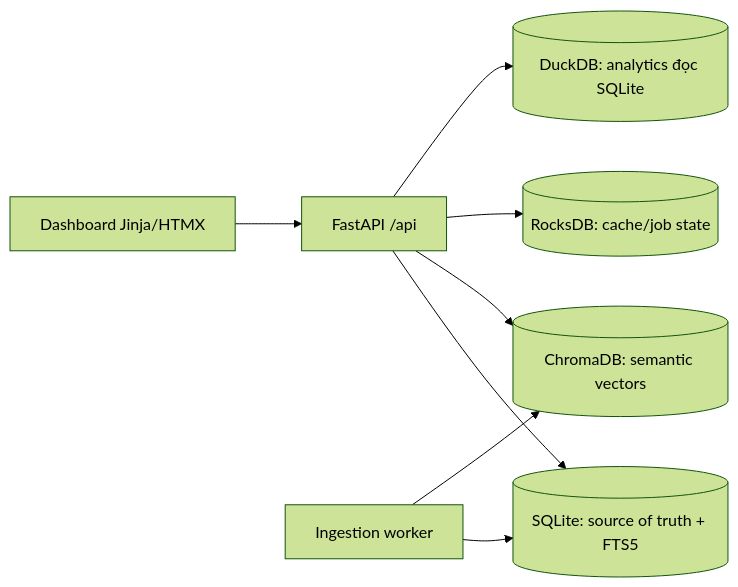
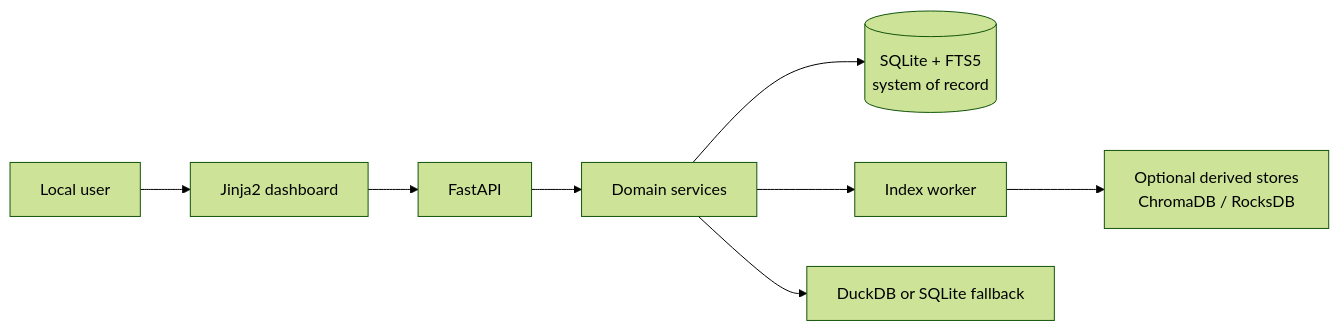
One commit to ryantr-statinops/InfoBoard changed the diagram in README.md. Above: the diagram before and after it, drawn with Mermaid (forest theme). The commit also changed other lines of this file, not shown here.

````diff
--- a/README.md
+++ b/README.md
@@ -20,10 +52,10 @@
 ```mermaid
 flowchart LR
-  UI[Dashboard Jinja/HTMX] --> API[FastAPI /api]
-  API --> S[(SQLite: source of truth + FTS5)]
-  API --> C[(ChromaDB: semantic vectors)]
-  API --> R[(RocksDB: cache/job state)]
-  API --> D[(DuckDB: analytics đọc SQLite)]
-  W[Ingestion worker] --> S
-  W --> C
+    User[Local user] --> UI[Jinja2 dashboard]
+    UI --> API[FastAPI]
+    API --> Services[Domain services]
+    Services --> SQLite[(SQLite + FTS5<br/>system of record)]
+    Services --> Worker[Index worker]
+    Worker --> Derived[Optional derived stores<br/>ChromaDB / RocksDB]
+    Services --> Analytics[DuckDB or SQLite fallback]
 ```
````
